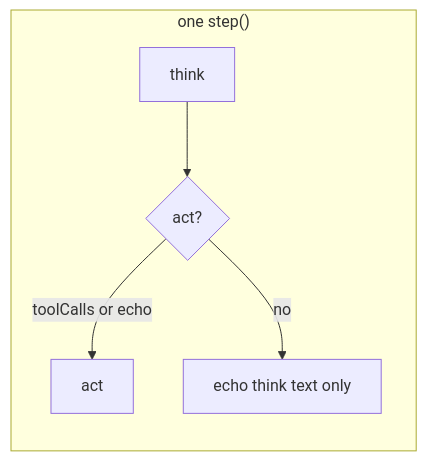
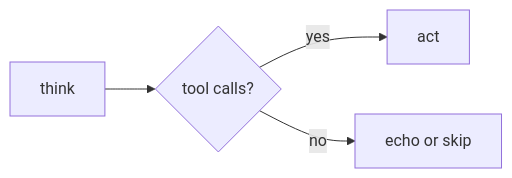
One commit to jixie-wish/Janus changed the fourth of 6 diagrams in core/docs/AGENT-FLOW.en.md. Above: the diagram before and after it, drawn with Mermaid. The commit also changed other lines of this file, not shown here.

````diff
--- a/core/docs/AGENT-FLOW.en.md
+++ b/core/docs/AGENT-FLOW.en.md
@@ -101,13 +122,6 @@
 ```mermaid
 flowchart LR
-    subgraph step["one step()"]
-        T[think]
-        D{act?}
-        A[act]
-        SKIP[echo think text only]
-
-        T --> D
-        D -->|toolCalls or echo| A
-        D -->|no| SKIP
-    end
+    T[think] --> D{tool calls?}
+    D -->|yes| A[act]
+    D -->|no| E[echo or skip]
 ```
````
